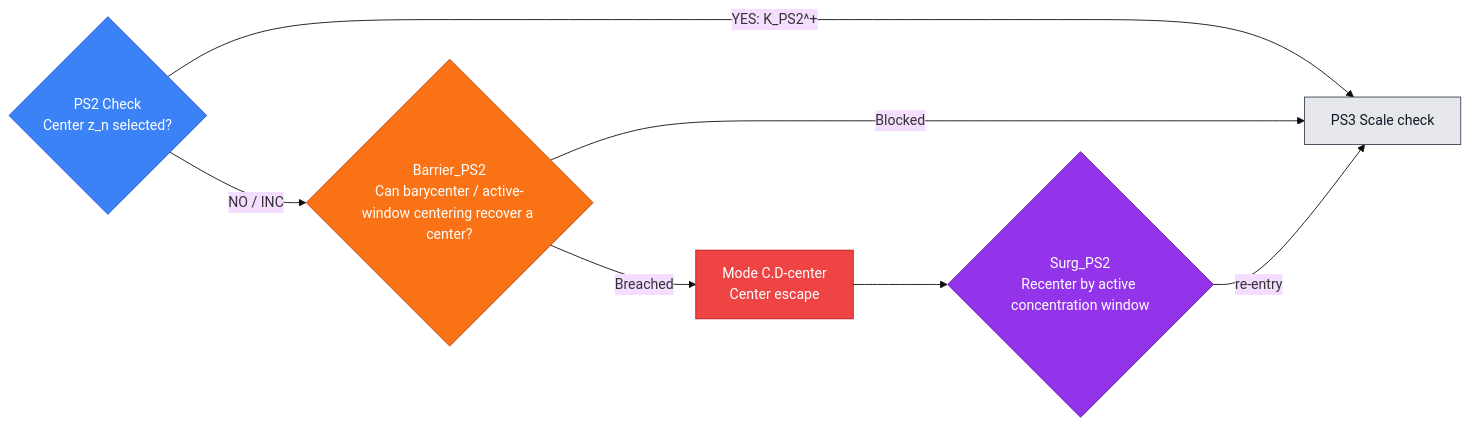
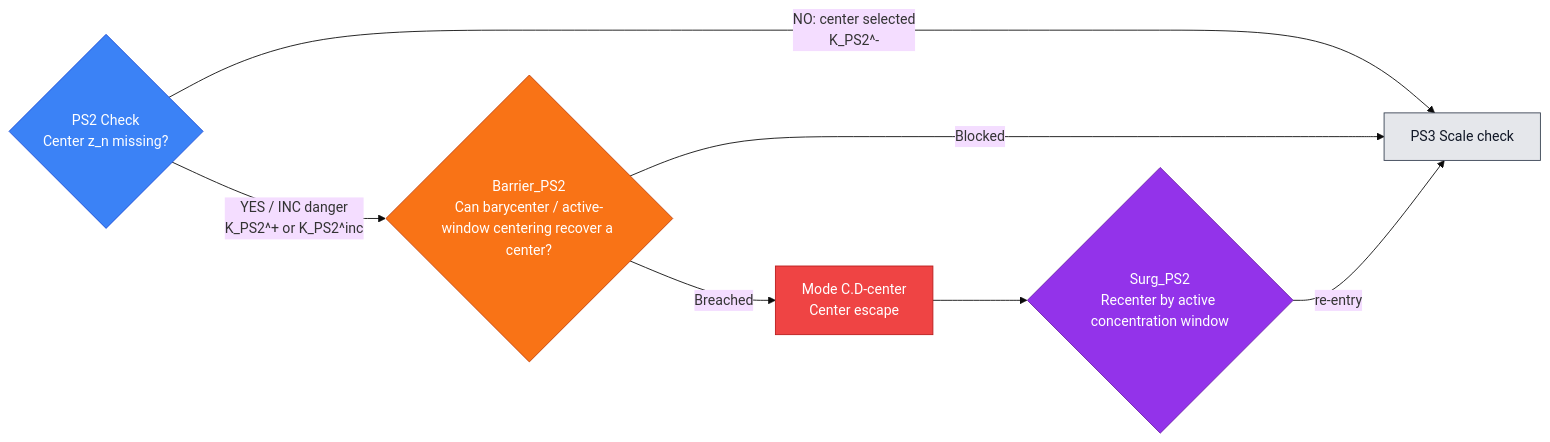
The eighth of 54 diagrams in docs/source/1_hypostructure_formalism/edits/new_sieve.md (Guillemdb/hypostructure), drawn with Mermaid (base theme) before and after one commit. The commit also changed other lines of this file, not shown here.

````diff
--- a/docs/source/1_hypostructure_formalism/edits/new_sieve.md
+++ b/docs/source/1_hypostructure_formalism/edits/new_sieve.md
@@ -1137,23 +1157,23 @@
 ```mermaid
 flowchart LR
-    C{"PS2 Check<br/>Center z_n selected?"}
-    C -- "YES: K_PS2^+" --> N["PS3 Scale check"]
-    C -- "NO / INC" --> B{"Barrier_PS2<br/>Can barycenter / active-window centering recover a center?"}
+    C{"PS2 Check<br/>Center z_n missing?"}
+    C -- "NO: center selected<br/>K_PS2^-" --> N["PS3 Scale check"]
+    C -- "YES / INC danger<br/>K_PS2^+ or K_PS2^inc" --> B{"Barrier_PS2<br/>Can barycenter / active-window centering recover a center?"}
     B -- "Blocked" --> N
     B -- "Breached" --> M["Mode C.D-center<br/>Center escape"]
     M --> S{"Surg_PS2<br/>Recenter by active concentration window"}
     S -- "re-entry" --> N
 
     classDef check fill:#3b82f6,stroke:#1d4ed8,color:#ffffff;
     classDef barrier fill:#f97316,stroke:#c2410c,color:#ffffff;
     classDef mode fill:#ef4444,stroke:#b91c1c,color:#ffffff;
     classDef surgery fill:#9333ea,stroke:#6b21a8,color:#ffffff;
     classDef next fill:#e5e7eb,stroke:#374151,color:#111827;
     classDef terminal fill:#fef3c7,stroke:#d97706,color:#111827;
 
     class C check;
     class B barrier;
     class M mode;
     class S surgery;
     class N next;
 ```
````
